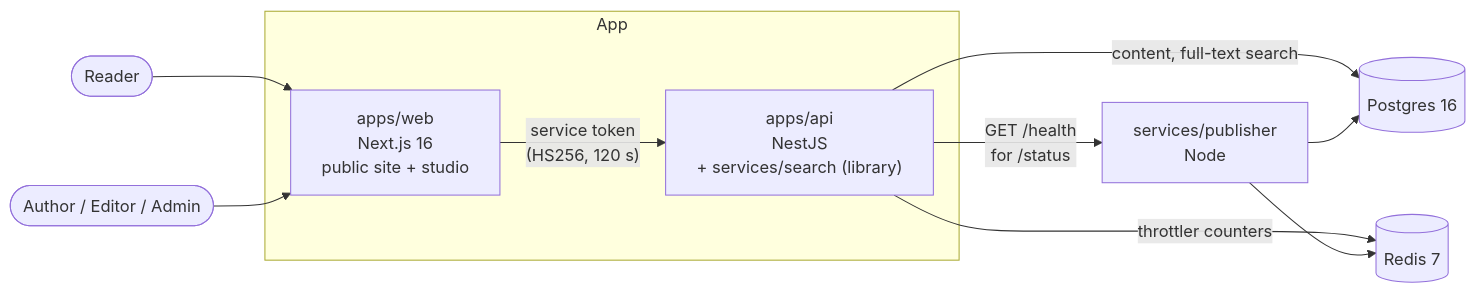
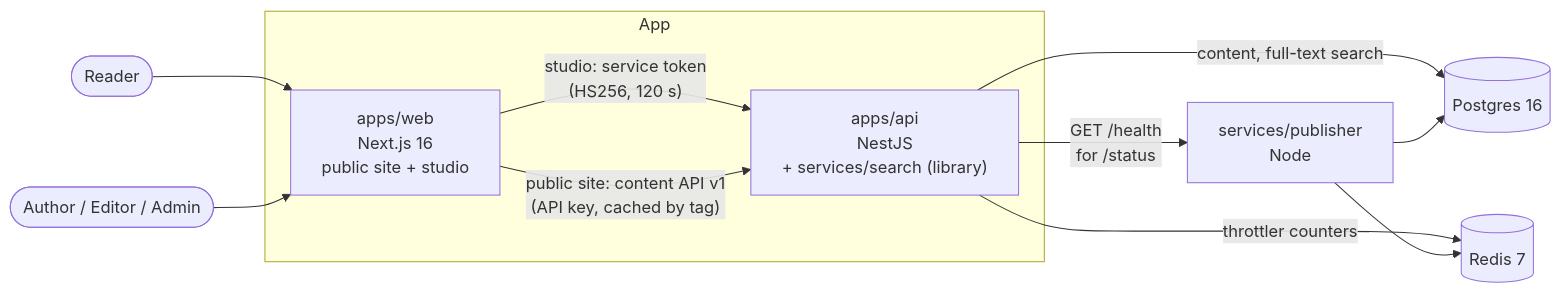
One commit to bastian-red/headless-cms changed the first of 2 diagrams in README.md. Above: the diagram before and after it, drawn with Mermaid. The commit also changed other lines of this file and 45 other files, not shown here.

````diff
--- a/README.md
+++ b/README.md
@@ -19,16 +21,17 @@
 ```mermaid
 flowchart LR
   reader([Reader]) --> web
   writer([Author / Editor / Admin]) --> web
 
   subgraph app ["App"]
-    web["apps/web<br/>Next.js 16<br/>public site + studio"] -->|"service token<br/>(HS256, 120 s)"| api["apps/api<br/>NestJS<br/>+ services/search (library)"]
+    web["apps/web<br/>Next.js 16<br/>public site + studio"] -->|"studio: service token<br/>(HS256, 120 s)"| api["apps/api<br/>NestJS<br/>+ services/search (library)"]
+    web -->|"public site: content API v1<br/>(API key, cached by tag)"| api
   end
   publisher["services/publisher<br/>Node"]
 
   api -->|"content, full-text search"| pg[(Postgres 16)]
   api -->|"throttler counters"| redis[(Redis 7)]
   api -->|"GET /health<br/>for /status"| publisher
   publisher --> pg
   publisher --> redis
 ```
````
